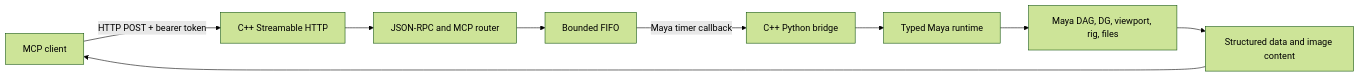
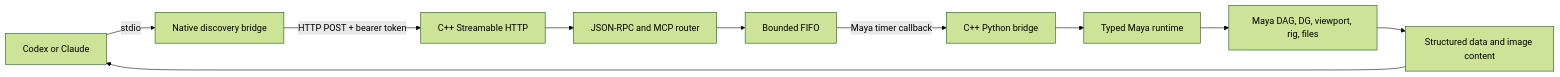
The diagram in docs/ARCHITECTURE.md (parodyband/maya-mcp), drawn with Mermaid (forest theme) before and after one commit. The commit also changed other lines of this file and 28 other files, not shown here.

First line of the commit message:
feat: add one-step MCP client setup

```diff
--- a/docs/ARCHITECTURE.md
+++ b/docs/ARCHITECTURE.md
@@ -8,11 +8,12 @@
 ~~~mermaid
 flowchart LR
-    Client["MCP client"] -->|"HTTP POST + bearer token"| HTTP["C++ Streamable HTTP"]
+    Client["Codex or Claude"] -->|"stdio"| Stdio["Native discovery bridge"]
+    Stdio -->|"HTTP POST + bearer token"| HTTP["C++ Streamable HTTP"]
     HTTP --> Protocol["JSON-RPC and MCP router"]
     Protocol --> Queue["Bounded FIFO"]
     Queue -->|"Maya timer callback"| Bridge["C++ Python bridge"]
     Bridge --> Tools["Typed Maya runtime"]
     Tools --> Maya["Maya DAG, DG, viewport, rig, files"]
     Maya --> Result["Structured data and image content"]
     Result --> Client
 ~~~
```
